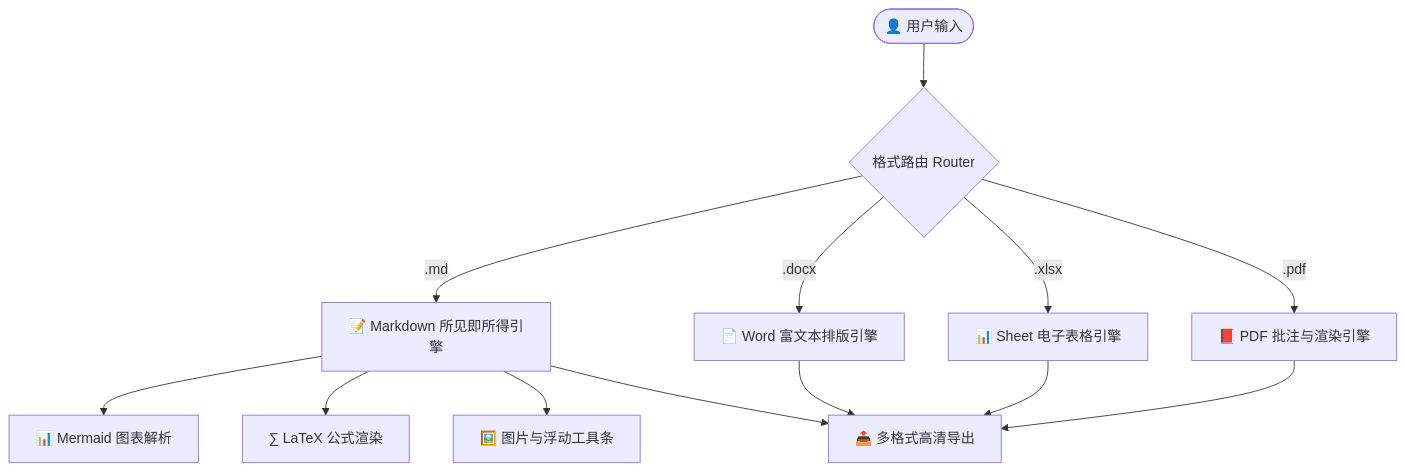
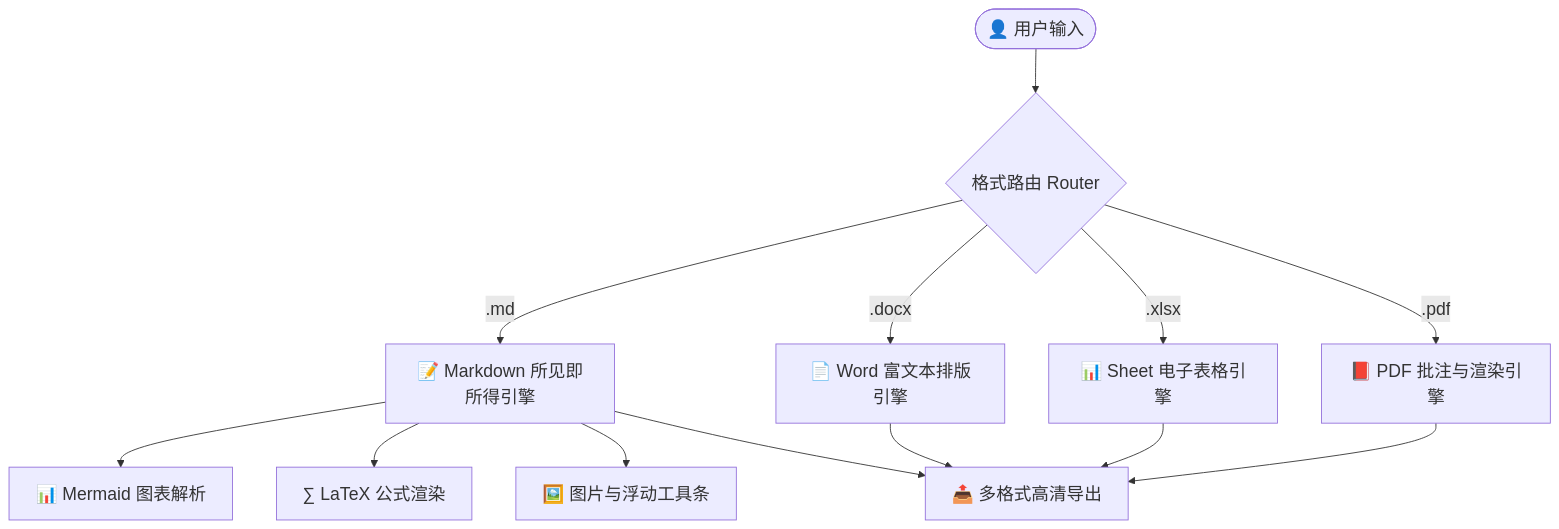
One commit to netproxy/ViewAny changed the first of 3 diagrams in demo_features.md. Above: the diagram before and after it, drawn with Mermaid. The commit also changed other lines of this file and 6 other files, not shown here.

````diff
--- a/demo_features.md
+++ b/demo_features.md
@@ -26,15 +22,16 @@
 ```mermaid
+%%{init: {'themeVariables': {'fontSize': '20px'}, 'sequence': {'actorFontSize': 20, 'messageFontSize': 18, 'noteFontSize': 16}, 'gantt': {'fontSize': 16, 'sectionFontSize': 20, 'barHeight': 28}, 'themeCSS': '.edgeLabel { font-size: 15px !important; font-weight: bold !important; } .messageText { font-size: 18px !important; } .actor, text.actor { font-size: 20px !important; } .taskText { font-size: 16px !important; } .sectionTitle { font-size: 20px !important; }'}}%%
 graph TD
     User([👤 用户输入]) --> Router{格式路由 Router}
     Router -- .md --> MarkdownEngine[📝 Markdown 所见即所得引擎]
     Router -- .docx --> WordEngine[📄 Word 富文本排版引擎]
     Router -- .xlsx --> SheetEngine[📊 Sheet 电子表格引擎]
     Router -- .pdf --> PDFEngine[📕 PDF 批注与渲染引擎]
     MarkdownEngine --> Mermaid[📊 Mermaid 图表解析]
     MarkdownEngine --> KaTeX[∑ LaTeX 公式渲染]
     MarkdownEngine --> ImageMgr[🖼️ 图片与浮动工具条]
     MarkdownEngine --> Exporter[📤 多格式高清导出]
     WordEngine --> Exporter
     SheetEngine --> Exporter
     PDFEngine --> Exporter
 ```
````
